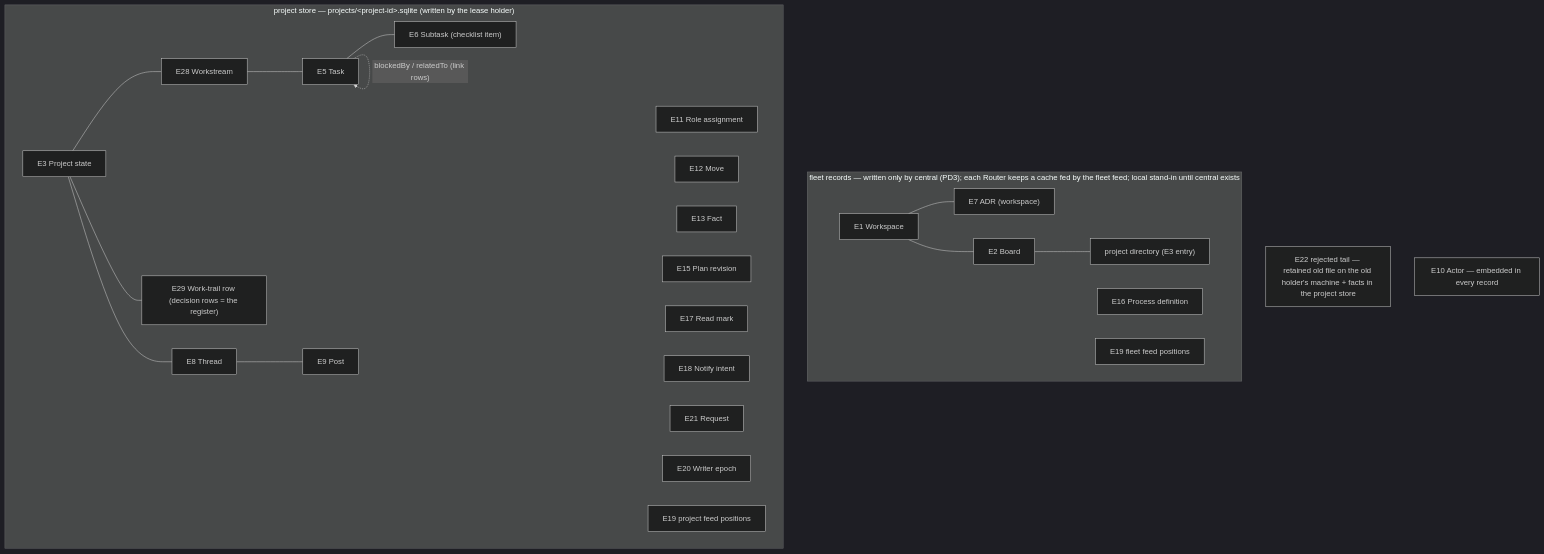
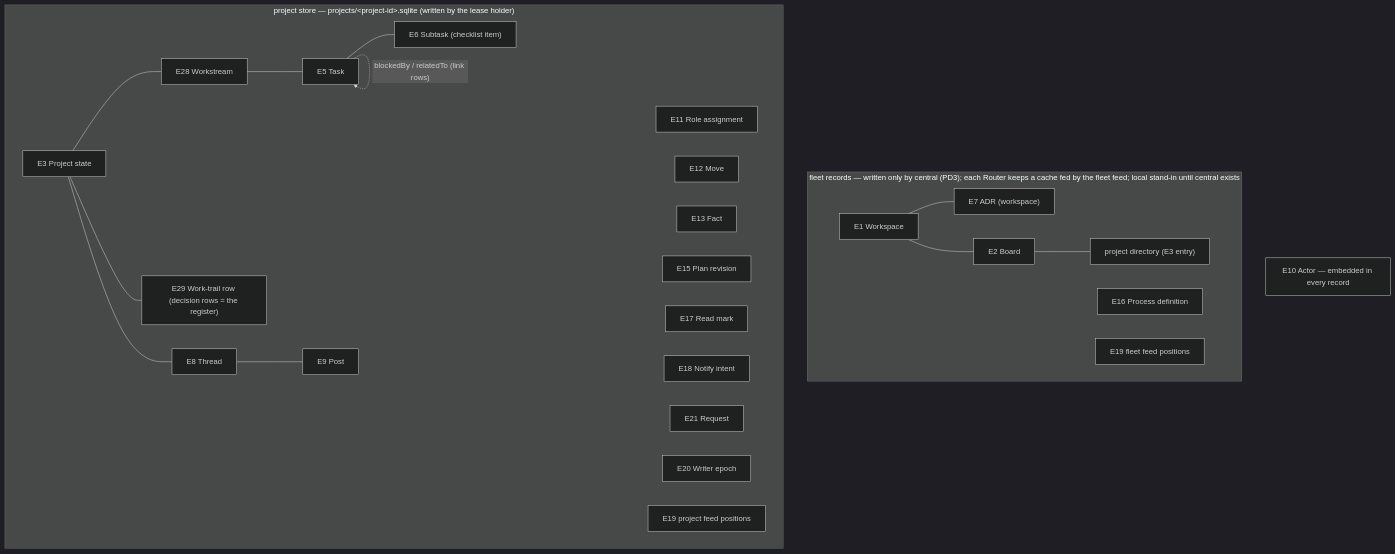
Before and after one commit to agent-collaboration/agent-collaboration: the second of 4 diagrams in docs/specs/2026-10-04-board-orchestration-design/program-design-1-board.md, drawn with Mermaid (dark theme). The commit also changed other lines of this file and 13 other files, not shown here.

````diff
--- a/docs/specs/2026-10-04-board-orchestration-design/program-design-1-board.md
+++ b/docs/specs/2026-10-04-board-orchestration-design/program-design-1-board.md
@@ -82,21 +84,20 @@
 ```mermaid
 flowchart TB
   subgraph FLEET["fleet records — written only by central (PD3); each Router keeps a cache fed by the fleet feed; local stand-in until central exists"]
     E1[E1 Workspace] --- E7w["E7 ADR (workspace)"]
     E1 --- E2[E2 Board]
     E2 --- DIR["project directory (E3 entry)"]
     E16[E16 Process definition]
     FF["E19 fleet feed positions"]
   end
   subgraph PROJ["project store — projects/&lt;project-id&gt;.sqlite (written by the lease holder)"]
     E3[E3 Project state] --- E28[E28 Workstream] --- E5[E5 Task] --- E6["E6 Subtask (checklist item)"]
     E5 -. "blockedBy / relatedTo (link rows)" .-> E5
     E3 --- E29["E29 Work-trail row (decision rows = the register)"]
     E3 --- E8[E8 Thread] --- E9[E9 Post]
     E11[E11 Role assignment]; E12[E12 Move]; E13[E13 Fact]; E15[E15 Plan revision]
     E17[E17 Read mark]; E18[E18 Notify intent]; E21[E21 Request]
     E20[E20 Writer epoch]; PF["E19 project feed positions"]
   end
-  TAIL["E22 rejected tail — retained old file on the old holder's machine + facts in the project store"]
   E10["E10 Actor — embedded in every record"]
 ```
````
